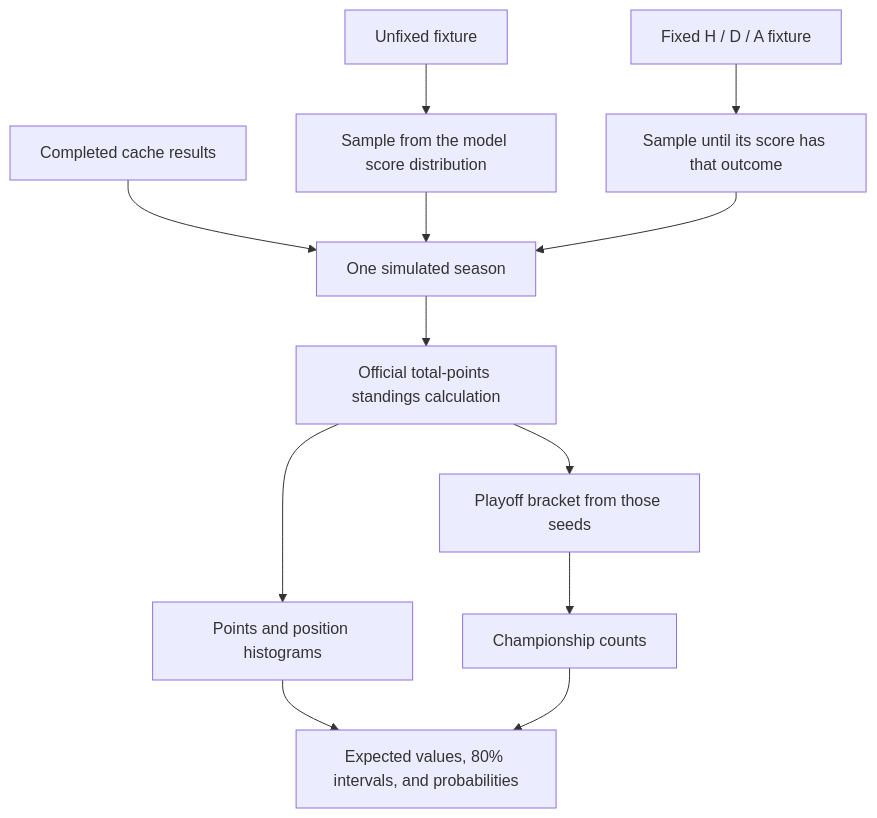
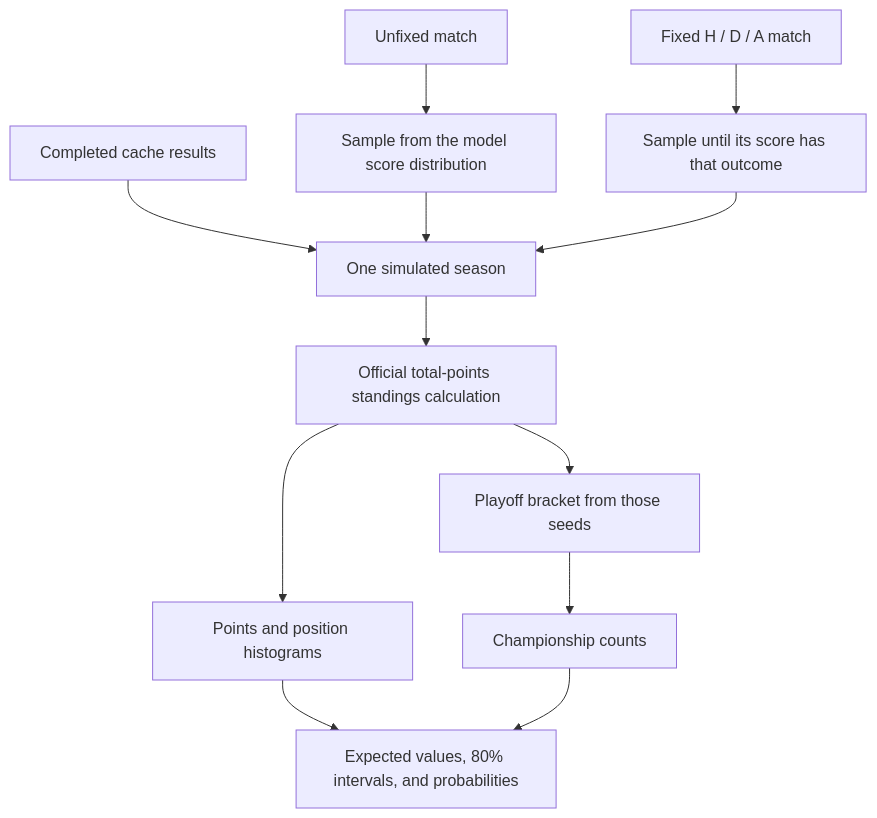
Before and after one commit to jrduncans/nwsl-season: the second of 2 diagrams in docs/forecast-lab-guide.md, drawn with Mermaid. The commit also changed other lines of this file and 10 other files, not shown here.

````diff
--- a/docs/forecast-lab-guide.md
+++ b/docs/forecast-lab-guide.md
@@ -311,14 +311,14 @@
 ```mermaid
 flowchart TD
     A["Completed cache results"] --> D["One simulated season"]
-    B["Unfixed fixture"] --> C["Sample from the model score distribution"]
-    E["Fixed H / D / A fixture"] --> F["Sample until its score has that outcome"]
+    B["Unfixed match"] --> C["Sample from the model score distribution"]
+    E["Fixed H / D / A match"] --> F["Sample until its score has that outcome"]
     C --> D
     F --> D
     D --> G["Official total-points standings calculation"]
     G --> H["Playoff bracket from those seeds"]
     G --> I["Points and position histograms"]
     H --> J["Championship counts"]
     I --> K["Expected values, 80% intervals, and probabilities"]
     J --> K
 ```
````
